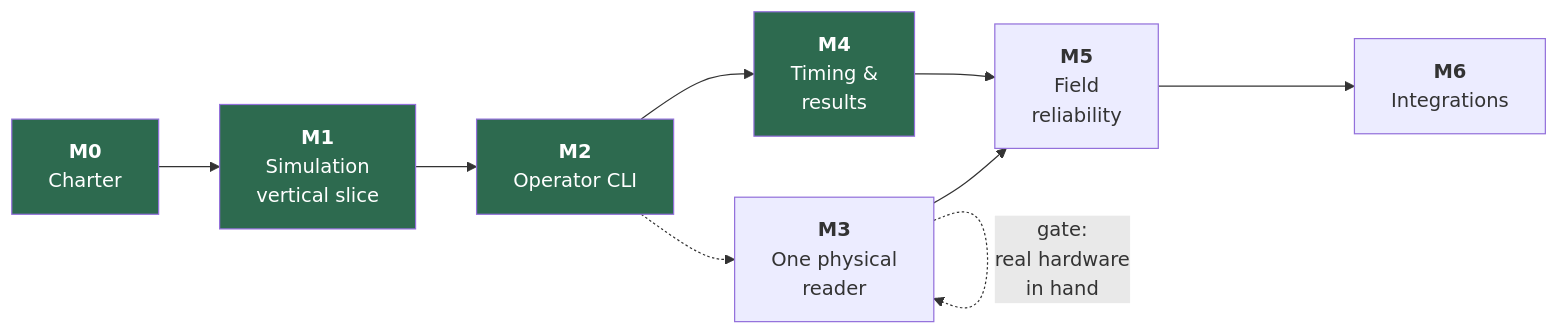
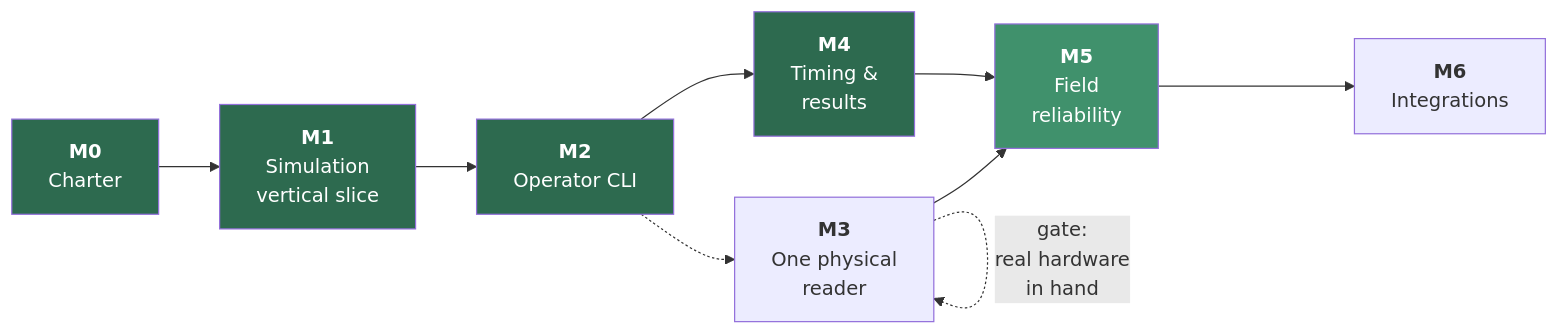
One commit to truppelli/splitforge changed the diagram in docs/roadmap.md. Above: the diagram before and after it, drawn with Mermaid. The commit also changed other lines of this file, not shown here.

First line of the commit message:
Clean up the roadmap

````diff
--- a/docs/roadmap.md
+++ b/docs/roadmap.md
@@ -7,16 +7,17 @@
 ```mermaid
 flowchart LR
     M0["<b>M0</b><br/>Charter"] --> M1["<b>M1</b><br/>Simulation<br/>vertical slice"]
     M1 --> M2["<b>M2</b><br/>Operator CLI"]
     M2 --> M4["<b>M4</b><br/>Timing &<br/>results"]
     M2 -.-> M3["<b>M3</b><br/>One physical<br/>reader"]
     M4 --> M5["<b>M5</b><br/>Field<br/>reliability"]
     M3 --> M5
     M5 --> M6["<b>M6</b><br/>Integrations"]
 
     M3 -.->|"gate:<br/>real hardware<br/>in hand"| M3
     style M0 fill:#2d6a4f,color:#fff
     style M1 fill:#2d6a4f,color:#fff
     style M2 fill:#2d6a4f,color:#fff
     style M4 fill:#2d6a4f,color:#fff
+    style M5 fill:#40916c,color:#fff
 ```
````
